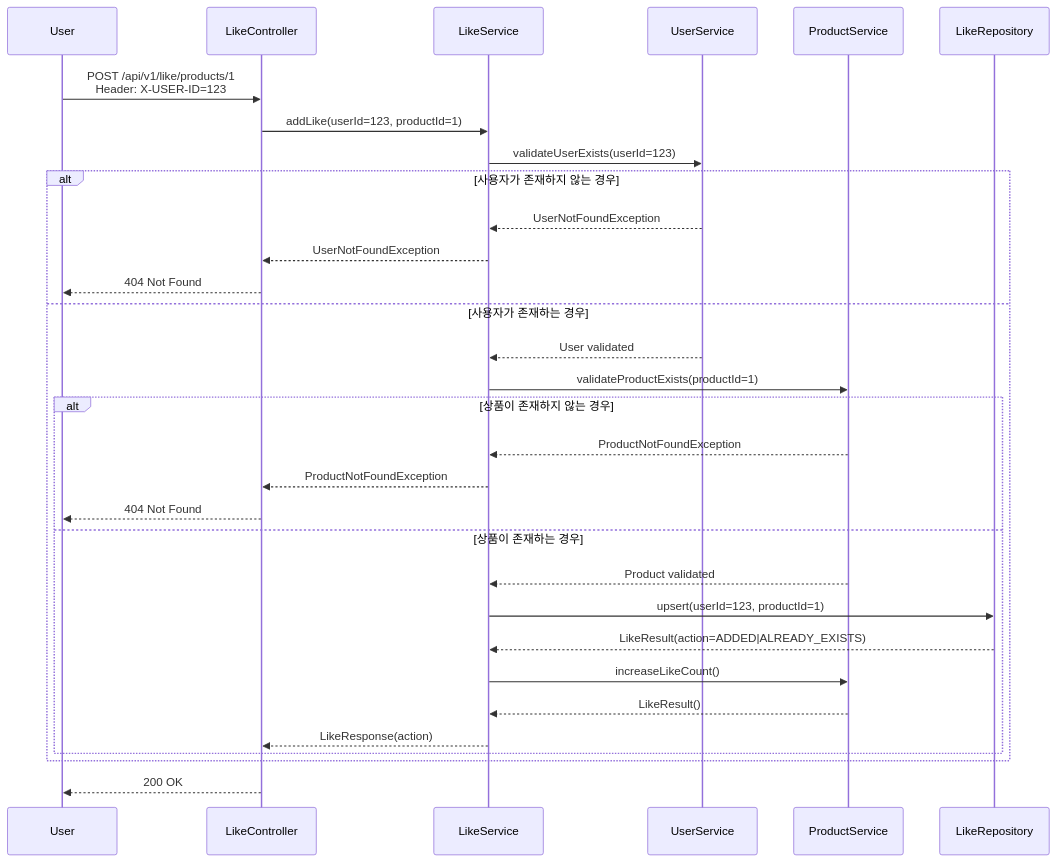
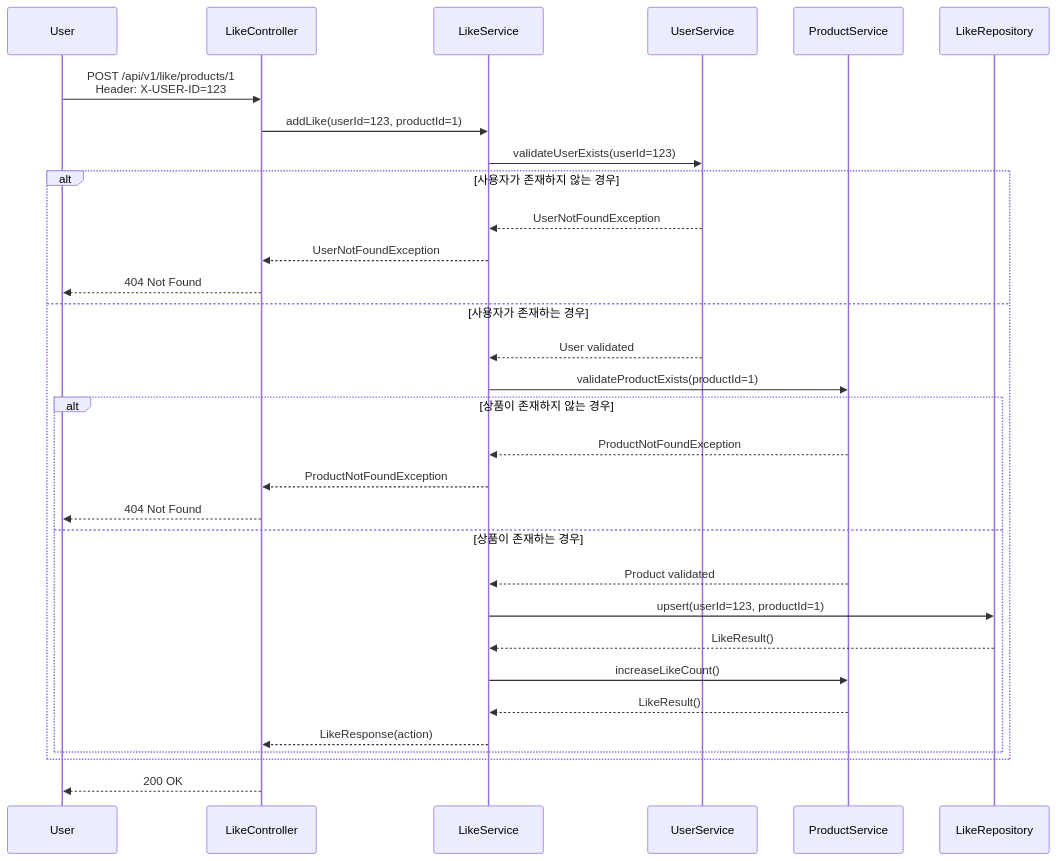
One commit to hyujikoh/loopers-spring-java-template changed the fifth of 10 diagrams in docs/week2/02-sequence-diagrams.md. Above: the diagram before and after it, drawn with Mermaid.

Commit message:
docs(sequence-diagram): 좋아요 결과 반환 형식 수정

````diff
--- a/docs/week2/02-sequence-diagrams.md
+++ b/docs/week2/02-sequence-diagrams.md
@@ -115,36 +115,36 @@
 ```mermaid
 sequenceDiagram
     participant User
     participant LikeController
     participant LikeService
     participant UserService
     participant ProductService
     participant LikeRepository
 
     User->>LikeController: POST /api/v1/like/products/1<br/>Header: X-USER-ID=123
     LikeController->>LikeService: addLike(userId=123, productId=1)
     
     LikeService->>UserService: validateUserExists(userId=123)
     alt 사용자가 존재하지 않는 경우
         UserService-->>LikeService: UserNotFoundException
         LikeService-->>LikeController: UserNotFoundException
         LikeController-->>User: 404 Not Found
     else 사용자가 존재하는 경우
         UserService-->>LikeService: User validated
         LikeService->>ProductService: validateProductExists(productId=1)
         alt 상품이 존재하지 않는 경우
             ProductService-->>LikeService: ProductNotFoundException
             LikeService-->>LikeController: ProductNotFoundException
             LikeController-->>User: 404 Not Found
         else 상품이 존재하는 경우
             ProductService-->>LikeService: Product validated
             LikeService->>LikeRepository: upsert(userId=123, productId=1)
-            LikeRepository-->>LikeService: LikeResult(action=ADDED|ALREADY_EXISTS)
+            LikeRepository-->>LikeService: LikeResult()
             LikeService->>ProductService: increaseLikeCount()
             ProductService-->>LikeService: LikeResult()
             LikeService-->>LikeController: LikeResponse(action)
         end
     end
     
     LikeController-->>User: 200 OK
 ```
````
